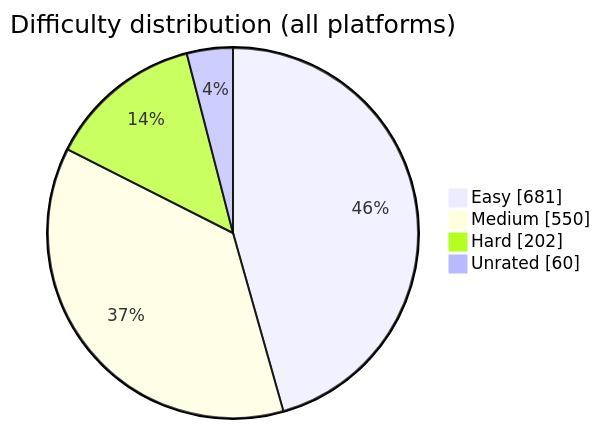
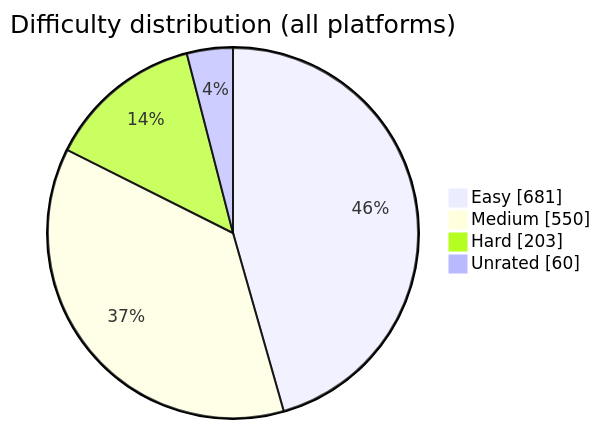
One commit to BuildbyArindam/Daily-Coding-Log changed the diagram in README.md. Above: the diagram before and after it, drawn with Mermaid. The commit also changed other lines of this file, not shown here.

````diff
--- a/README.md
+++ b/README.md
@@ -93,7 +93,7 @@
 ```mermaid
 pie showData title Difficulty distribution (all platforms)
     "Easy" : 681
     "Medium" : 550
-    "Hard" : 202
+    "Hard" : 203
     "Unrated" : 60
 ```
````
